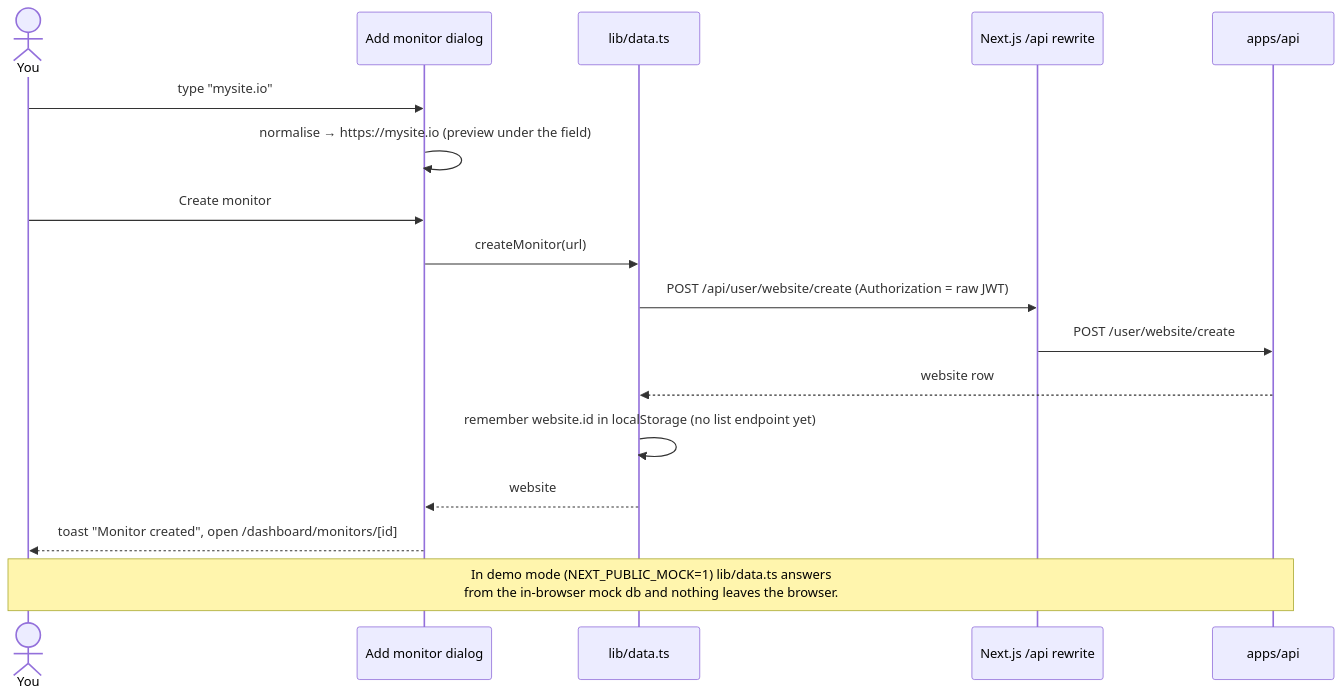
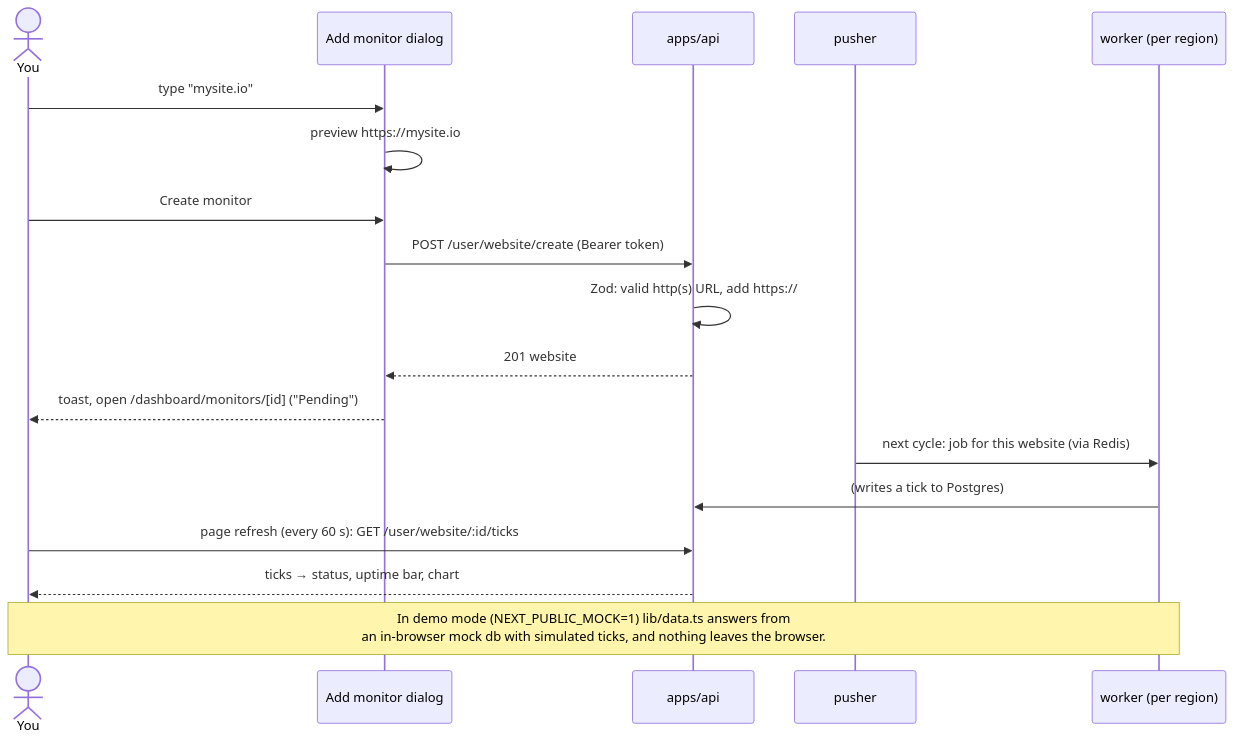
The third of 6 diagrams in apps/web/README.md (huhh-myan/betterstack), drawn with Mermaid before and after one commit. The commit also changed other lines of this file and 11 other files, not shown here.

````diff
--- a/apps/web/README.md
+++ b/apps/web/README.md
@@ -145,20 +160,21 @@
 ```mermaid
 sequenceDiagram
     actor U as You
     participant D as Add monitor dialog
-    participant L as lib/data.ts
-    participant P as Next.js /api rewrite
     participant A as apps/api
+    participant P as pusher
+    participant W as worker (per region)
 
     U->>D: type "mysite.io"
-    D->>D: normalise → https://mysite.io (preview under the field)
+    D->>D: preview https://mysite.io
     U->>D: Create monitor
-    D->>L: createMonitor(url)
-    L->>P: POST /api/user/website/create (Authorization = raw JWT)
-    P->>A: POST /user/website/create
-    A-->>L: website row
-    L->>L: remember website.id in localStorage (no list endpoint yet)
-    L-->>D: website
-    D-->>U: toast "Monitor created", open /dashboard/monitors/[id]
-    Note over U,A: In demo mode (NEXT_PUBLIC_MOCK=1) lib/data.ts answers<br/>from the in-browser mock db and nothing leaves the browser.
+    D->>A: POST /user/website/create (Bearer token)
+    A->>A: Zod: valid http(s) URL, add https://
+    A-->>D: 201 website
+    D-->>U: toast, open /dashboard/monitors/[id] ("Pending")
+    P->>W: next cycle: job for this website (via Redis)
+    W->>A: (writes a tick to Postgres)
+    U->>A: page refresh (every 60 s): GET /user/website/:id/ticks
+    A-->>U: ticks → status, uptime bar, chart
+    Note over U,W: In demo mode (NEXT_PUBLIC_MOCK=1) lib/data.ts answers from<br/>an in-browser mock db with simulated ticks, and nothing leaves the browser.
 ```
````
